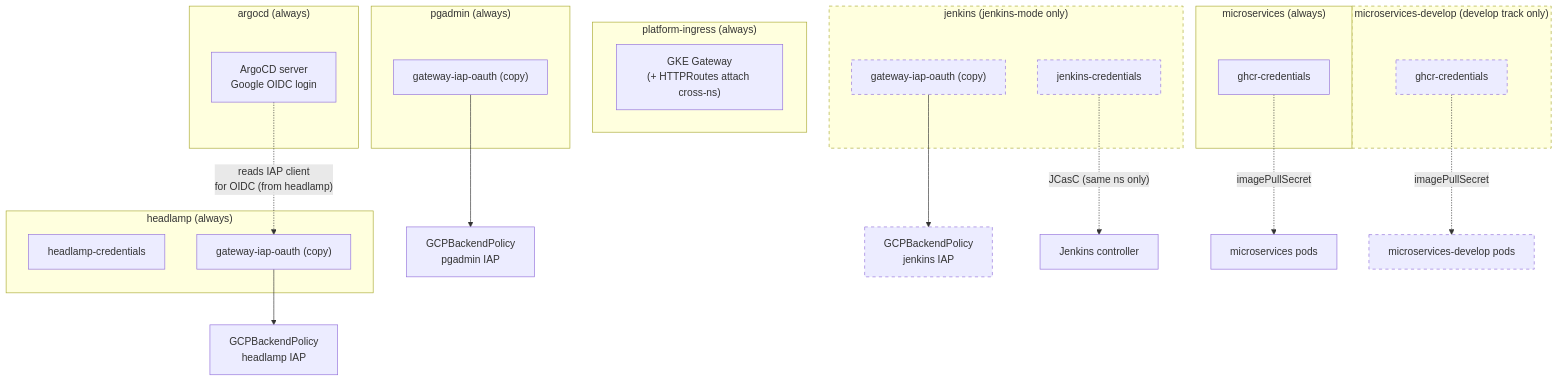
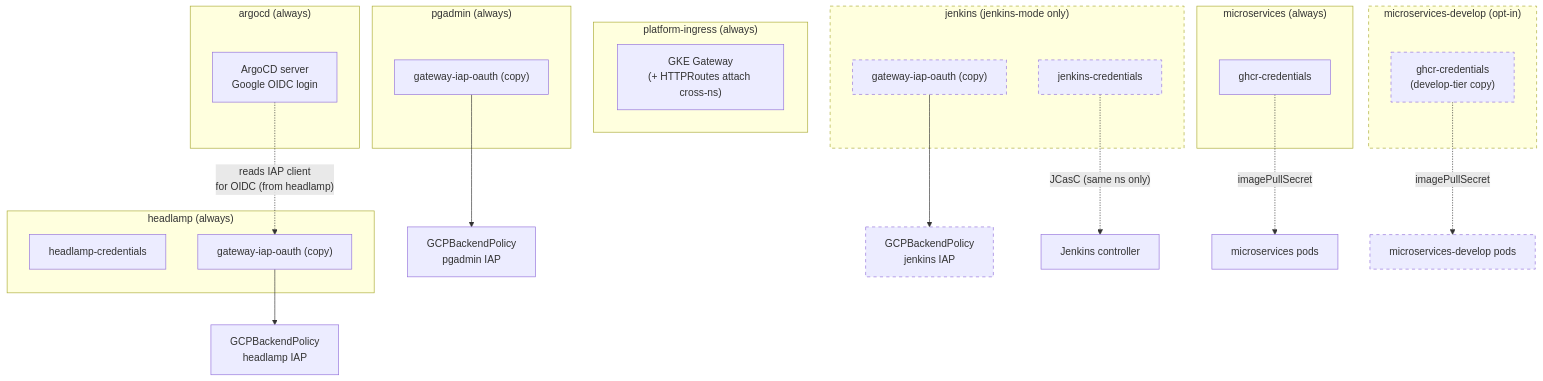
The seventh of 11 diagrams in docs/201-ARCHITECTURE.md (nubenetes/jenkins-2026), drawn with Mermaid before and after one commit. The commit also changed other lines of this file and 14 other files, not shown here.

First line of the commit message:
docs(diagrams): repo-wide mermaid audit — fix 14 rendering defects + flagship improvements

````diff
--- a/docs/201-ARCHITECTURE.md
+++ b/docs/201-ARCHITECTURE.md
@@ -718,37 +725,37 @@
 ```mermaid
 graph TD
     subgraph PI["platform-ingress (always)"]
         GW["GKE Gateway<br/>(+ HTTPRoutes attach cross-ns)"]
     end
     subgraph HL["headlamp (always)"]
         HLC["headlamp-credentials"]
         IAP_HL["gateway-iap-oauth (copy)"]
     end
     subgraph PG["pgadmin (always)"]
         IAP_PG["gateway-iap-oauth (copy)"]
     end
     subgraph ACD["argocd (always)"]
         ACDsvc["ArgoCD server<br/>Google OIDC login"]
     end
     subgraph MS["microservices (always)"]
         GHCR["ghcr-credentials"]
     end
-    subgraph MSD["microservices-develop (develop track only)"]
-        GHCRD["ghcr-credentials"]
+    subgraph MSD["microservices-develop (opt-in)"]
+        GHCRD["ghcr-credentials<br/>(develop-tier copy)"]
     end
     subgraph JN["jenkins (jenkins-mode only)"]
         JC["jenkins-credentials"]
         IAP_JN["gateway-iap-oauth (copy)"]
     end
 
     ACDsvc -. "reads IAP client<br/>for OIDC (from headlamp)" .-> IAP_HL
     IAP_HL --> GPHL["GCPBackendPolicy<br/>headlamp IAP"]
     IAP_PG --> GPPG["GCPBackendPolicy<br/>pgadmin IAP"]
     IAP_JN --> GPJN["GCPBackendPolicy<br/>jenkins IAP"]
     JC -. "JCasC (same ns only)" .-> JKS["Jenkins controller"]
     GHCR -. "imagePullSecret" .-> POD["microservices pods"]
     GHCRD -. "imagePullSecret" .-> PODD["microservices-develop pods"]
 
     classDef gated stroke-dasharray: 5 5;
     class JN,JC,IAP_JN,GPJN,MSD,GHCRD,PODD gated;
 ```
````
